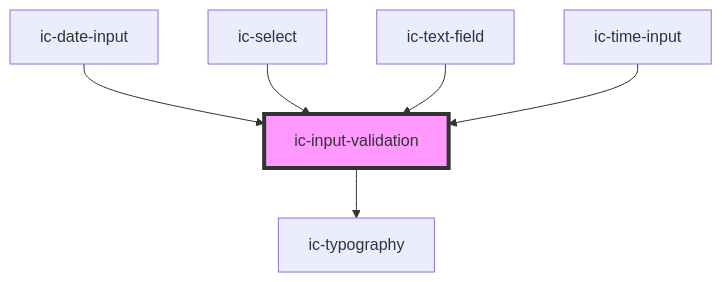
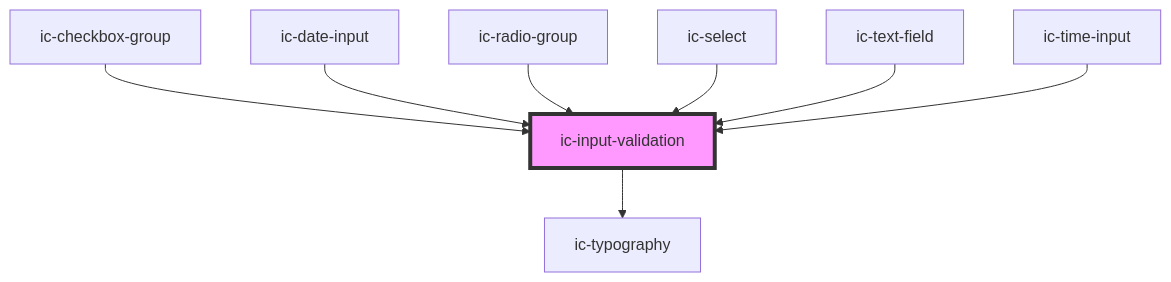
The diagram in packages/web-components/src/components/ic-input-validation/readme.md (mi6/ic-ui-kit), drawn with Mermaid before and after one commit. The commit also changed other lines of this file and 24 other files, not shown here.

````diff
--- a/packages/web-components/src/components/ic-input-validation/readme.md
+++ b/packages/web-components/src/components/ic-input-validation/readme.md
@@ -41,9 +45,11 @@
 ```mermaid
 graph TD;
   ic-input-validation --> ic-typography
+  ic-checkbox-group --> ic-input-validation
   ic-date-input --> ic-input-validation
+  ic-radio-group --> ic-input-validation
   ic-select --> ic-input-validation
   ic-text-field --> ic-input-validation
   ic-time-input --> ic-input-validation
   style ic-input-validation fill:#f9f,stroke:#333,stroke-width:4px
 ```
````
